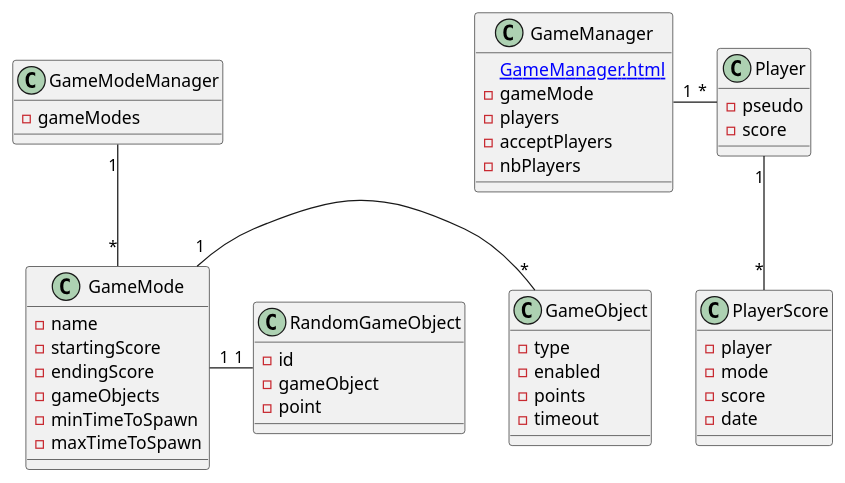
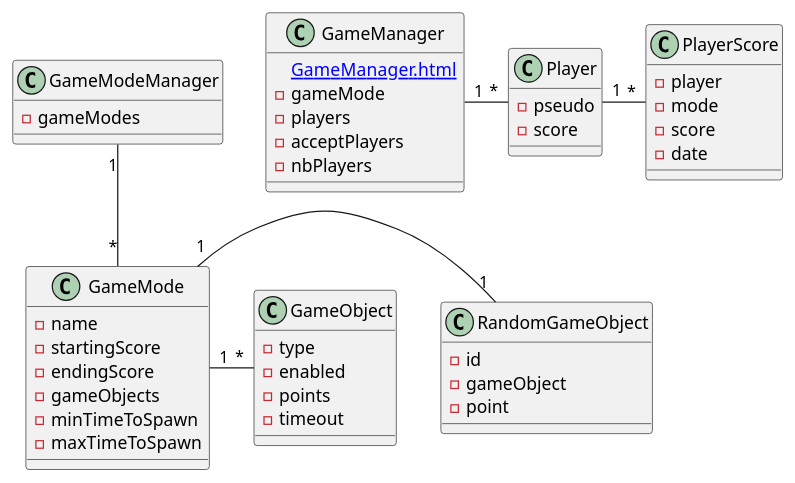
The diagram in Rapport/diagrammes/DomaineFinalClient.puml (heig-vd-gen2017/projet), drawn with PlantUML before and after one commit. The commit also changed 1 other file, not shown here.

Commit message:
Changes in diagrams

```diff
--- a/Rapport/diagrammes/DomaineFinalClient.puml
+++ b/Rapport/diagrammes/DomaineFinalClient.puml
@@ -1,53 +1,53 @@
 @startuml
 class GameManager {
     [[GameManager.html]]
     -gameMode
     -players
     -acceptPlayers
     -nbPlayers
 }
 
 class PlayerScore {
     -player
     -mode
     -score
     -date
 }
 
 class Player {
     -pseudo
     -score
 }
 
 class GameMode {
     -name
     -startingScore
     -endingScore
     -gameObjects
     -minTimeToSpawn
     -maxTimeToSpawn
 }
 
 class GameModeManager {
     -gameModes
 }
 
 class GameObject {
     -type
     -enabled
     -points
     -timeout
 }
 
 class RandomGameObject {
     -id
     -gameObject
     -point
 }
 
+GameMode "1" - "1" RandomGameObject
+GameMode "1" - "*" GameObject
 GameModeManager "1" -- "*" GameMode
-GameMode "1" - "*" GameObject
+Player "1" - "*" PlayerScore
 GameManager "1" - "*" Player
-GameMode "1" - "1" RandomGameObject
-Player "1" -- "*" PlayerScore
 @enduml
```
